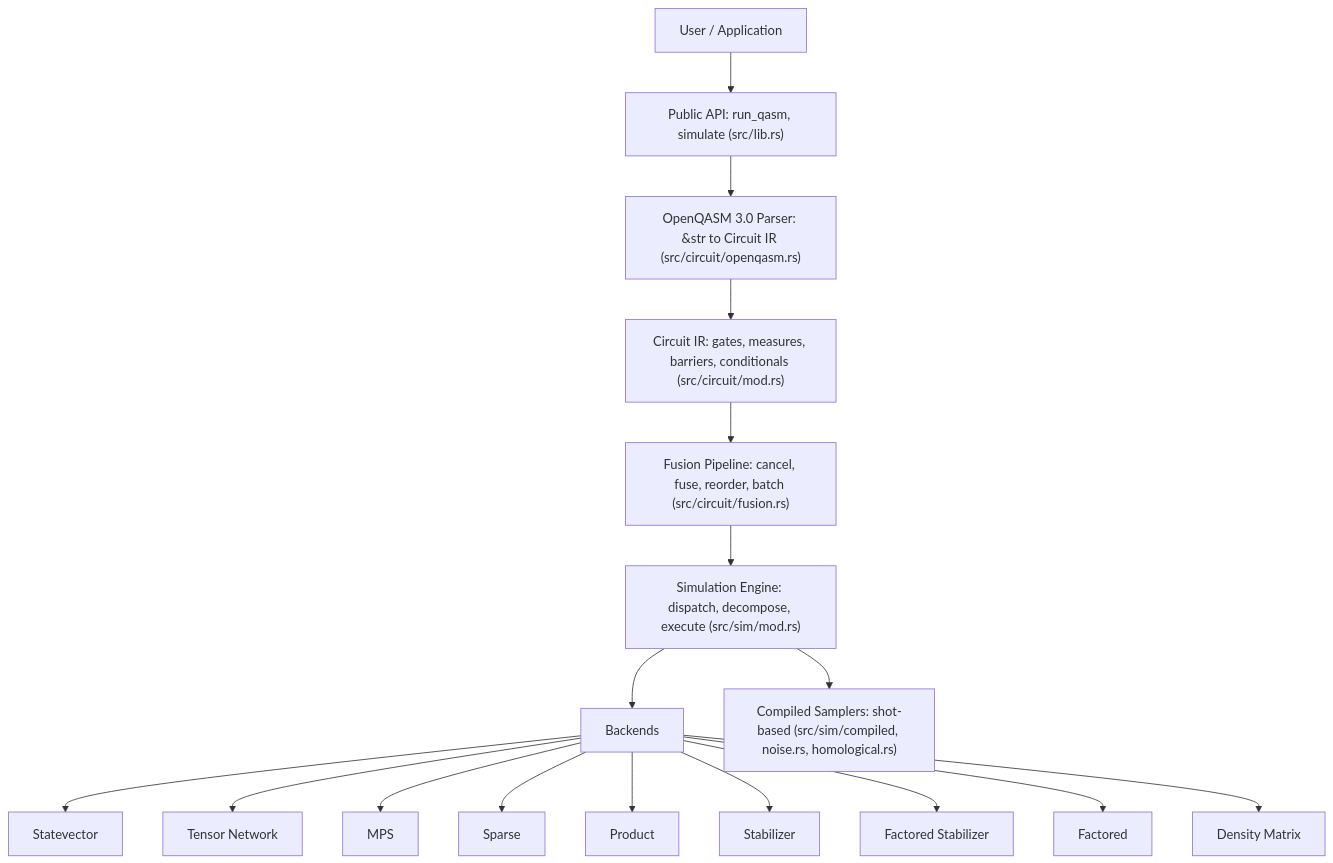
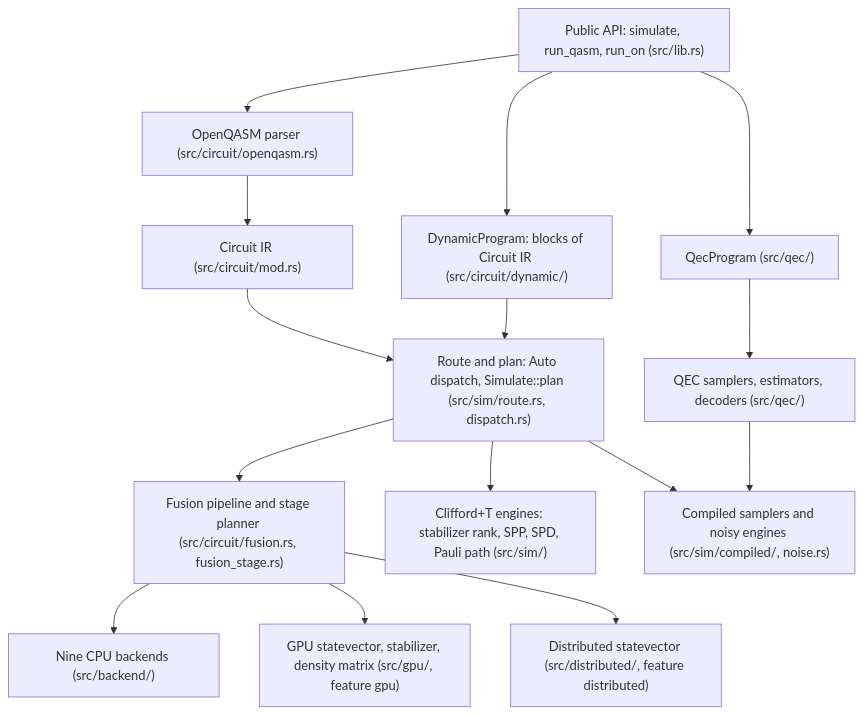
Before and after one commit to AbeCoull/prism-q: the diagram in docs/architecture/overview.md, drawn with Mermaid. The commit also changed other lines of this file and 60 other files, not shown here.

````diff
--- a/docs/architecture/overview.md
+++ b/docs/architecture/overview.md
@@ -24,21 +25,19 @@
 ```mermaid
 flowchart TD
-    U[User / Application]
-    API["Public API: run_qasm, simulate (src/lib.rs)"]
-    P["OpenQASM 3.0 Parser: &amp;str to Circuit IR (src/circuit/openqasm.rs)"]
-    IR["Circuit IR: gates, measures, barriers, conditionals (src/circuit/mod.rs)"]
-    F["Fusion Pipeline: cancel, fuse, reorder, batch (src/circuit/fusion.rs)"]
-    E["Simulation Engine: dispatch, decompose, execute (src/sim/mod.rs)"]
-    U --> API --> P --> IR --> F --> E
-    E --> B[Backends]
-    E --> C["Compiled Samplers: shot-based (src/sim/compiled, noise.rs, homological.rs)"]
-    B --> SV[Statevector]
-    B --> TN[Tensor Network]
-    B --> MPS[MPS]
-    B --> SP[Sparse]
-    B --> PR[Product]
-    B --> ST[Stabilizer]
-    B --> FS[Factored Stabilizer]
-    B --> FA[Factored]
-    B --> DM[Density Matrix]
+    API["Public API: simulate, run_qasm, run_on (src/lib.rs)"]
+    P["OpenQASM parser (src/circuit/openqasm.rs)"]
+    IR["Circuit IR (src/circuit/mod.rs)"]
+    DP["DynamicProgram: blocks of Circuit IR (src/circuit/dynamic/)"]
+    QP["QecProgram (src/qec/)"]
+    R["Route and plan: Auto dispatch, Simulate::plan (src/sim/route.rs, dispatch.rs)"]
+    F["Fusion pipeline and stage planner (src/circuit/fusion.rs, fusion_stage.rs)"]
+    API --> P --> IR --> R
+    API --> DP --> R
+    R --> F --> B["Nine CPU backends (src/backend/)"]
+    R --> CT["Clifford+T engines: stabilizer rank, SPP, SPD, Pauli path (src/sim/)"]
+    R --> CS["Compiled samplers and noisy engines (src/sim/compiled/, noise.rs)"]
+    F --> G["GPU statevector, stabilizer, density matrix (src/gpu/, feature gpu)"]
+    F --> D["Distributed statevector (src/distributed/, feature distributed)"]
+    API --> QP --> QS["QEC samplers, estimators, decoders (src/qec/)"]
+    QS --> CS
 ```
````
